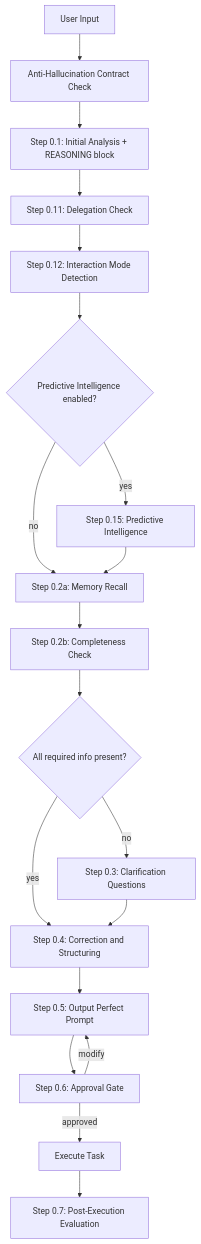
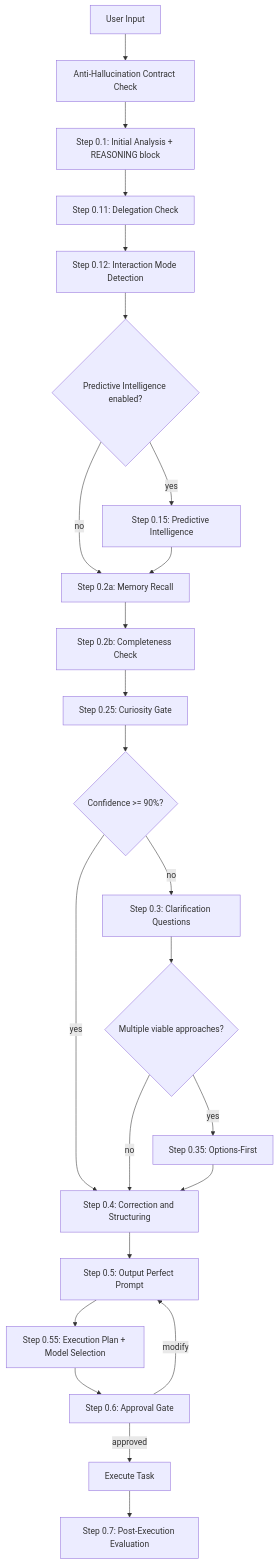
The diagram in .claude/library/prompt-perfection-core.md (Tadzesi/claude-ideas), drawn with Mermaid before and after one commit. The commit also changed other lines of this file and 20 other files, not shown here.

````diff
--- a/.claude/library/prompt-perfection-core.md
+++ b/.claude/library/prompt-perfection-core.md
@@ -46,21 +46,26 @@
 ```mermaid
 flowchart TD
     A[User Input] --> B[Anti-Hallucination Contract Check]
     B --> C[Step 0.1: Initial Analysis + REASONING block]
     C --> D[Step 0.11: Delegation Check]
     D --> E[Step 0.12: Interaction Mode Detection]
     E --> F{Predictive Intelligence enabled?}
     F -->|yes| G[Step 0.15: Predictive Intelligence]
     F -->|no| H[Step 0.2a: Memory Recall]
     G --> H
     H --> I[Step 0.2b: Completeness Check]
-    I --> J{All required info present?}
+    I --> CG[Step 0.25: Curiosity Gate]
+    CG --> J{Confidence >= 90%?}
     J -->|yes| K[Step 0.4: Correction and Structuring]
     J -->|no| L[Step 0.3: Clarification Questions]
-    L --> K
+    L --> OPT{Multiple viable approaches?}
+    OPT -->|yes| OP[Step 0.35: Options-First]
+    OPT -->|no| K
+    OP --> K
     K --> M[Step 0.5: Output Perfect Prompt]
-    M --> N[Step 0.6: Approval Gate]
+    M --> EP[Step 0.55: Execution Plan + Model Selection]
+    EP --> N[Step 0.6: Approval Gate]
     N -->|approved| O[Execute Task]
     N -->|modify| M
     O --> P[Step 0.7: Post-Execution Evaluation]
 ```
````
